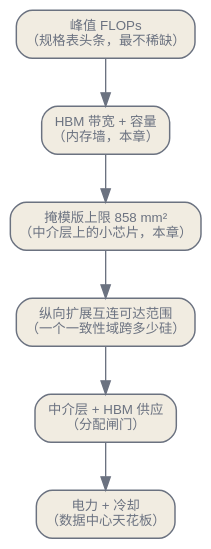
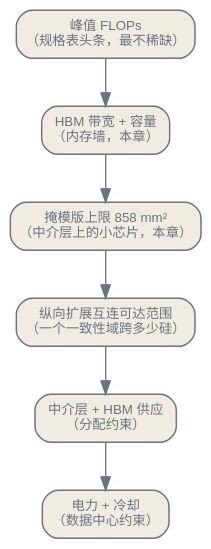
The first of 4 diagrams in zh/infrastructure/03-the-compute-frontier.qmd (latere-ai/ai-as-an-infrastructure), drawn with Graphviz before and after one commit. The commit also changed other lines of this file and 9 other files, not shown here.

````diff
--- a/zh/infrastructure/03-the-compute-frontier.qmd
+++ b/zh/infrastructure/03-the-compute-frontier.qmd
@@ -15,18 +15,18 @@
 ```{dot}
 //| label: fig-compute-frontier-walls
-//| fig-cap: "把前沿看作一摞天花板，每一道在不同层级生效。规格表头条的峰值 FLOPs 在最底层、最不稀缺；字节、封装面积、互连可达范围与兆瓦在它之上生效。本部分后面的每一章分别追踪其中一道天花板。"
+//| fig-cap: "把前沿看作一组分层约束，每一道在不同层级生效。规格表头条的峰值 FLOPs 在最底层、最不稀缺；字节、封装面积、互连可达范围与兆瓦在它之上生效。本部分后面的每一章分别追踪其中一道约束。"
 digraph {
   bgcolor="transparent";
   rankdir=TB;
   nodesep=0.4; ranksep=0.5;
   node [shape=box, style="rounded,filled", fontname="Helvetica", fontsize=10, color="#6b7280", fontcolor="#6b7280", fillcolor="#f1ece1", penwidth=1.1];
   edge [fontsize=10, fontname="Helvetica", color="#6b7280", fontcolor="#6b7280"];
   flops [label="峰值 FLOPs\n（规格表头条，最不稀缺）"];
   hbm [label="HBM 带宽 + 容量\n（内存墙，本章）"];
   retic [label="掩模版上限 858 mm²\n（中介层上的小芯片，本章）"];
   fabric [label="纵向扩展互连可达范围\n（一个一致性域跨多少硅）"];
-  supply [label="中介层 + HBM 供应\n（分配闸门）"];
-  power [label="电力 + 冷却\n（数据中心天花板）"];
+  supply [label="中介层 + HBM 供应\n（分配约束）"];
+  power [label="电力 + 冷却\n（数据中心约束）"];
   flops -> hbm -> retic -> fabric -> supply -> power;
 }
 ```
````
